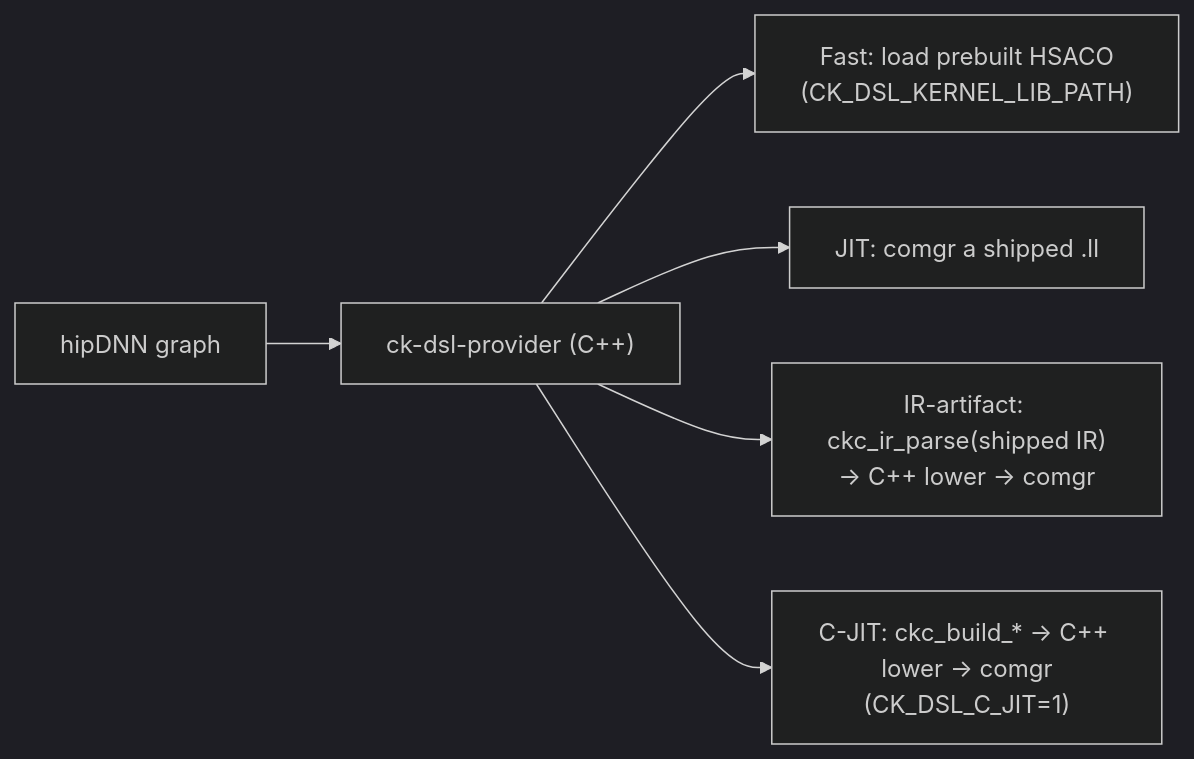
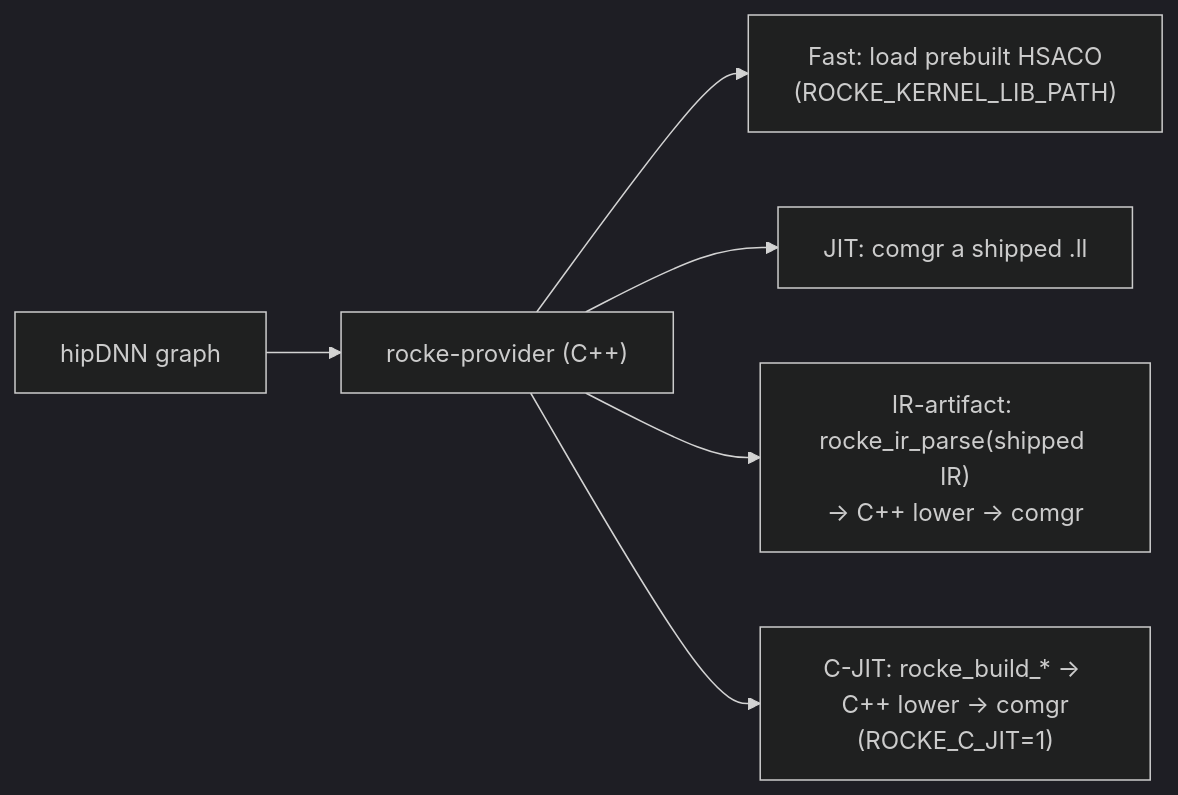
Before and after one commit to ROCm/rocm-libraries: the third of 3 diagrams in dnn-providers/hip-kernel-provider/rocKE/dsl_docs/architecture/engines_and_switching.md, drawn with Mermaid (dark theme). The commit also changed other lines of this file and 1569 other files, not shown here.

First line of the commit message:
[hip-kernel-provider] Rename ck_dsl/ckc engine identity to rocke

````diff
--- a/dnn-providers/hip-kernel-provider/rocKE/dsl_docs/architecture/engines_and_switching.md
+++ b/dnn-providers/hip-kernel-provider/rocKE/dsl_docs/architecture/engines_and_switching.md
@@ -71,8 +71,8 @@
 ```mermaid
 flowchart LR
-  g["hipDNN graph"] --> prov["ck-dsl-provider (C++)"]
-  prov --> fast["Fast: load prebuilt HSACO<br/>(CK_DSL_KERNEL_LIB_PATH)"]
+  g["hipDNN graph"] --> prov["rocke-provider (C++)"]
+  prov --> fast["Fast: load prebuilt HSACO<br/>(ROCKE_KERNEL_LIB_PATH)"]
   prov --> jit["JIT: comgr a shipped .ll"]
-  prov --> irart["IR-artifact: ckc_ir_parse(shipped IR)<br/>→ C++ lower → comgr"]
-  prov --> cjit["C-JIT: ckc_build_* → C++ lower → comgr<br/>(CK_DSL_C_JIT=1)"]
+  prov --> irart["IR-artifact: rocke_ir_parse(shipped IR)<br/>→ C++ lower → comgr"]
+  prov --> cjit["C-JIT: rocke_build_* → C++ lower → comgr<br/>(ROCKE_C_JIT=1)"]
 ```
````
